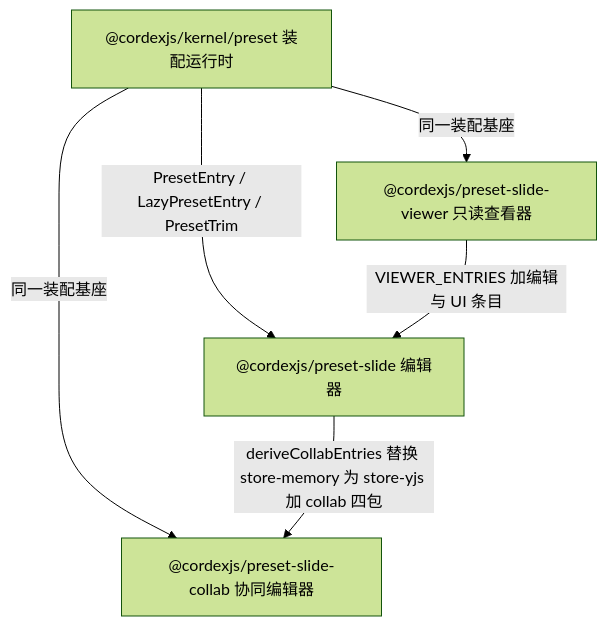
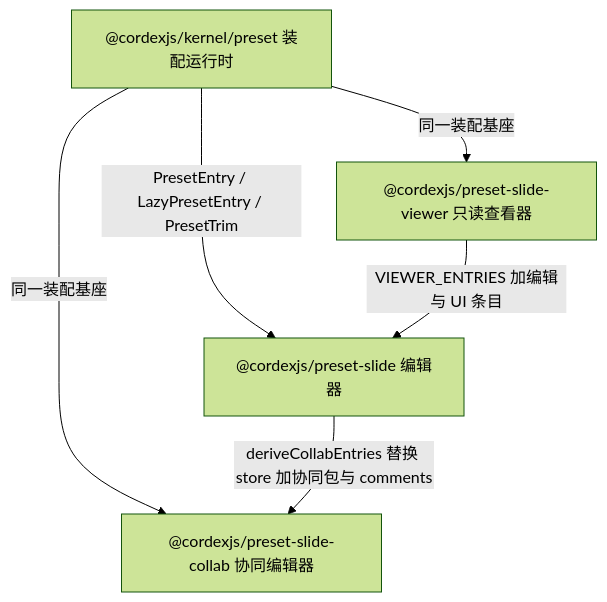
The second of 5 diagrams in docs/40-modules/11-preset-assembly-and-app-shell.md (Xeonice/cordis-ppt-editor), drawn with Mermaid (forest theme) before and after one commit. The commit also changed other lines of this file and 79 other files, not shown here.

````diff
--- a/docs/40-modules/11-preset-assembly-and-app-shell.md
+++ b/docs/40-modules/11-preset-assembly-and-app-shell.md
@@ -116,12 +110,12 @@
 ```mermaid
 flowchart TB
 kernelPreset["@cordexjs/kernel/preset 装配运行时"]
 presetSlide["@cordexjs/preset-slide 编辑器"]
 presetCollab["@cordexjs/preset-slide-collab 协同编辑器"]
 presetViewer["@cordexjs/preset-slide-viewer 只读查看器"]
 kernelPreset -- "PresetEntry / LazyPresetEntry / PresetTrim" --> presetSlide
 kernelPreset -- "同一装配基座" --> presetCollab
 kernelPreset -- "同一装配基座" --> presetViewer
 presetViewer -- "VIEWER_ENTRIES 加编辑与 UI 条目" --> presetSlide
-presetSlide -- "deriveCollabEntries 替换 store-memory 为 store-yjs 加 collab 四包" --> presetCollab
+presetSlide -- "deriveCollabEntries 替换 store 加协同包与 comments" --> presetCollab
 ```
````
